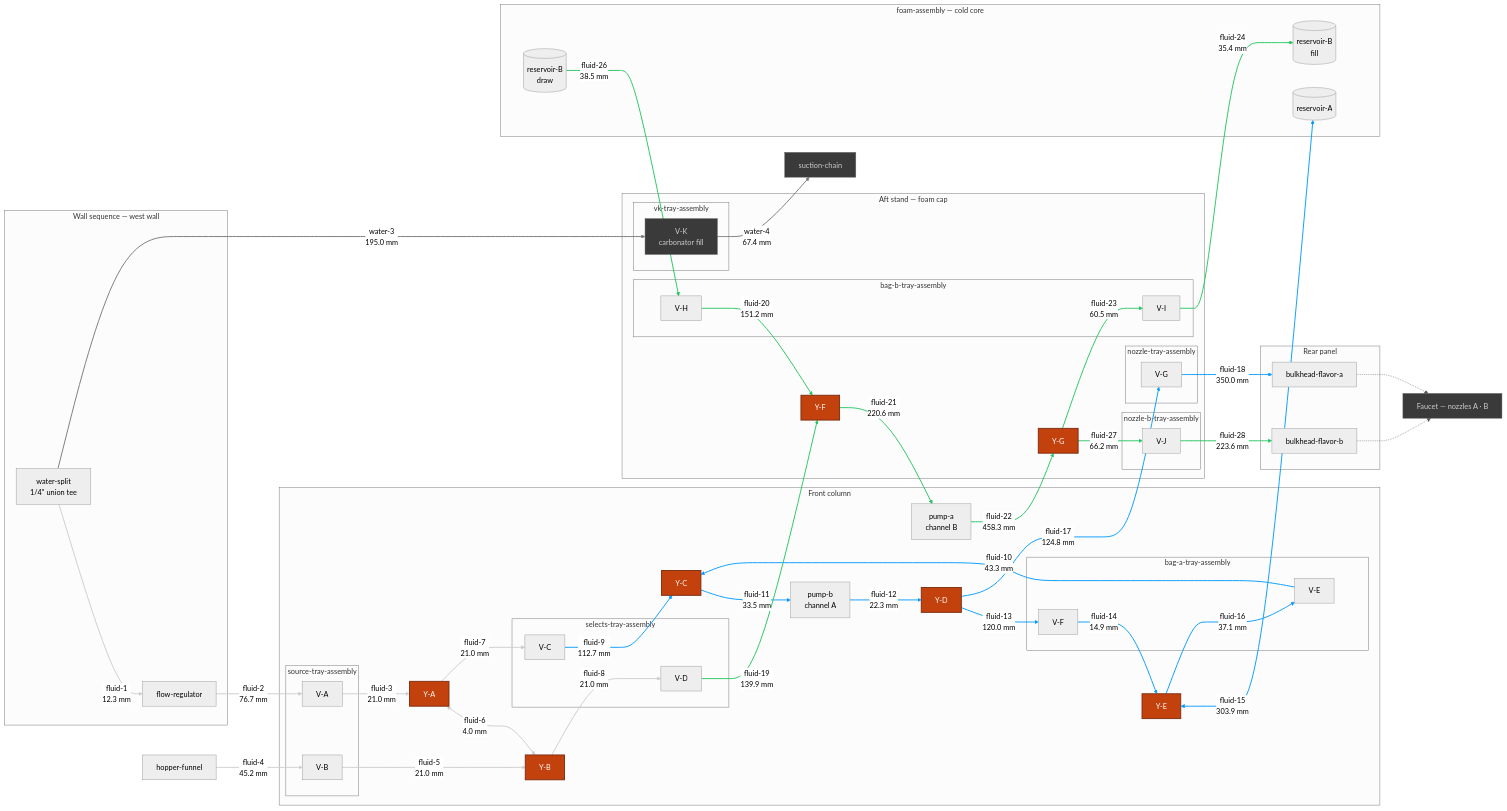
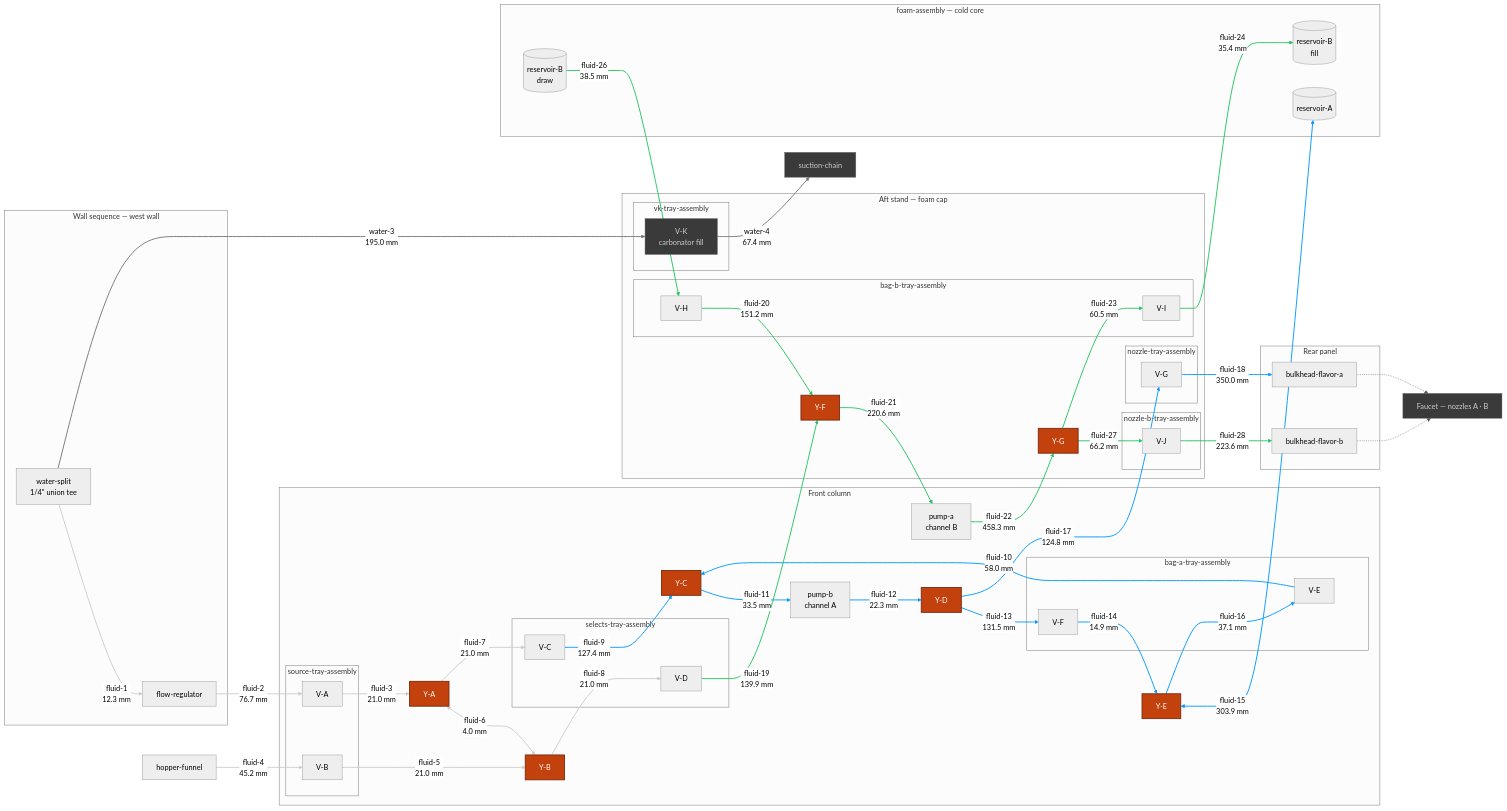
One commit to derekbreden/homesodamachine changed the diagram in hardware/topology/fluid-topology-manifold.mmd. Above: the diagram before and after it, drawn with Mermaid (neutral theme). The commit also changed 6 other files, not shown here.

```diff
--- a/hardware/topology/fluid-topology-manifold.mmd
+++ b/hardware/topology/fluid-topology-manifold.mmd
@@ -10,12 +10,12 @@
   %% `_fluid_topology_sync.py` writes every number below and gates every edge against
   %% the built run — an edge whose two ends are not that run's two ends fails the gate.
 
-  %% The 28 flavor segments come to [2778.8 mm](FLUID_TOTAL) of 1/4" LLDPE, over
+  %% The 27 flavor segments come to [2819.7 mm](FLUID_TOTAL) of 1/4" LLDPE, over
   %% [66](FLUID_BENDS) bends. The longest is [fluid-22](LONGEST_ID) at
   %% [458.3 mm](LONGEST_LEN); the shortest is [fluid-6](SHORTEST_ID) at
   %% [4.0 mm](SHORTEST_LEN).
 
-  %% The valves ride seven printed trays in two stands and the eight junctions hang on
+  %% The valves ride seven printed trays in two stands and the seven junctions hang on
   %% the collets they join, so every edge here is a cut length of tube. Colour is the
   %% circuit: white the shared source chain (fluid-1 … fluid-8), blue channel A
   %% (9 … 18), green channel B (19 … 28).
@@ -147,11 +147,11 @@
   %% is flat: Y-C's and Y-D's runs lie along the pump lane on the bag-A pair's own port
   %% plane and only their branches change level — fluid-9 falling a stack pitch in from
   %% the selects pair, fluid-17 climbing a storey and a half to the nozzle gate aloft.
-  VC -->|"fluid-9<br/>112.7 mm"| YC
-  VE -->|"fluid-10<br/>43.3 mm"| YC
+  VC -->|"fluid-9<br/>127.4 mm"| YC
+  VE -->|"fluid-10<br/>58.0 mm"| YC
   YC -->|"fluid-11<br/>33.5 mm"| PB
   PB -->|"fluid-12<br/>22.3 mm"| YD
-  YD -->|"fluid-13<br/>120.0 mm"| VF
+  YD -->|"fluid-13<br/>131.5 mm"| VF
   VF -->|"fluid-14<br/>14.9 mm"| YE
   YE <-->|"fluid-15<br/>303.9 mm"| ResA
   YE -->|"fluid-16<br/>37.1 mm"| VE
```
